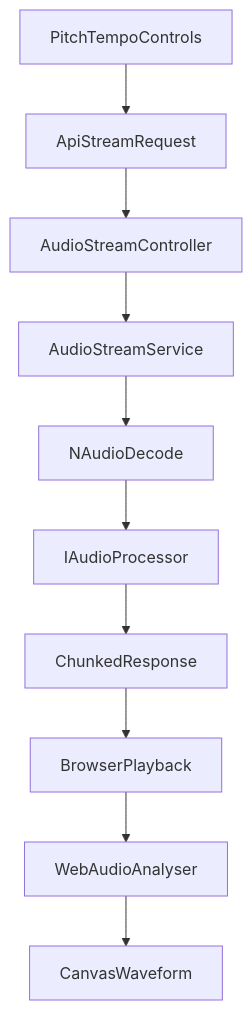
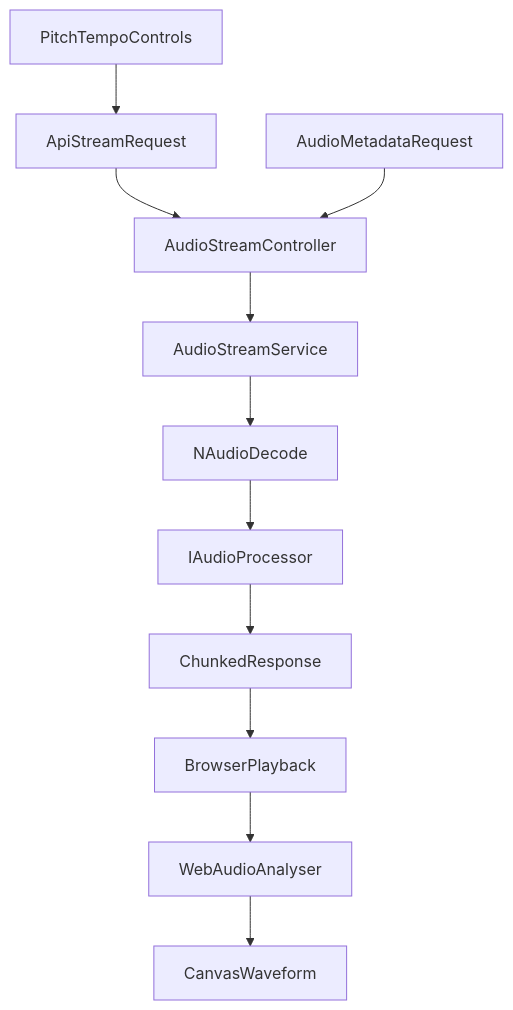
One commit to julipetric/pitch-shifter-demo changed the second of 2 diagrams in docs/ARCHITECTURE.md. Above: the diagram before and after it, drawn with Mermaid. The commit also changed other lines of this file and 27 other files, not shown here.

````diff
--- a/docs/ARCHITECTURE.md
+++ b/docs/ARCHITECTURE.md
@@ -34,23 +34,25 @@
 ```mermaid
 flowchart TD
   Controls[PitchTempoControls]
   ApiCall[ApiStreamRequest]
+  MetaCall[AudioMetadataRequest]
   StreamCtl[AudioStreamController]
   StreamSvc[AudioStreamService]
   Decoder[NAudioDecode]
   Processor[IAudioProcessor]
   Chunker[ChunkedResponse]
   Player[BrowserPlayback]
   Analyzer[WebAudioAnalyser]
   Waveform[CanvasWaveform]
 
   Controls --> ApiCall
   ApiCall --> StreamCtl
+  MetaCall --> StreamCtl
   StreamCtl --> StreamSvc
   StreamSvc --> Decoder
   Decoder --> Processor
   Processor --> Chunker
   Chunker --> Player
   Player --> Analyzer
   Analyzer --> Waveform
 ```
````
